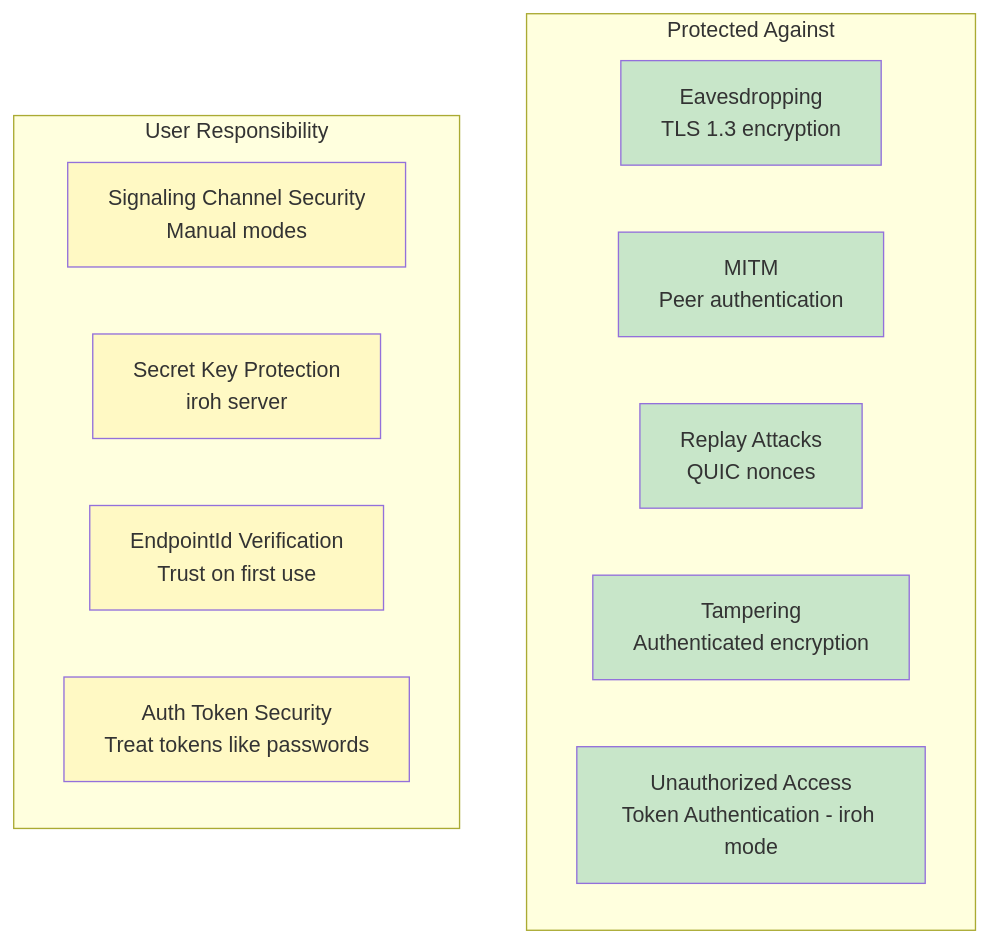
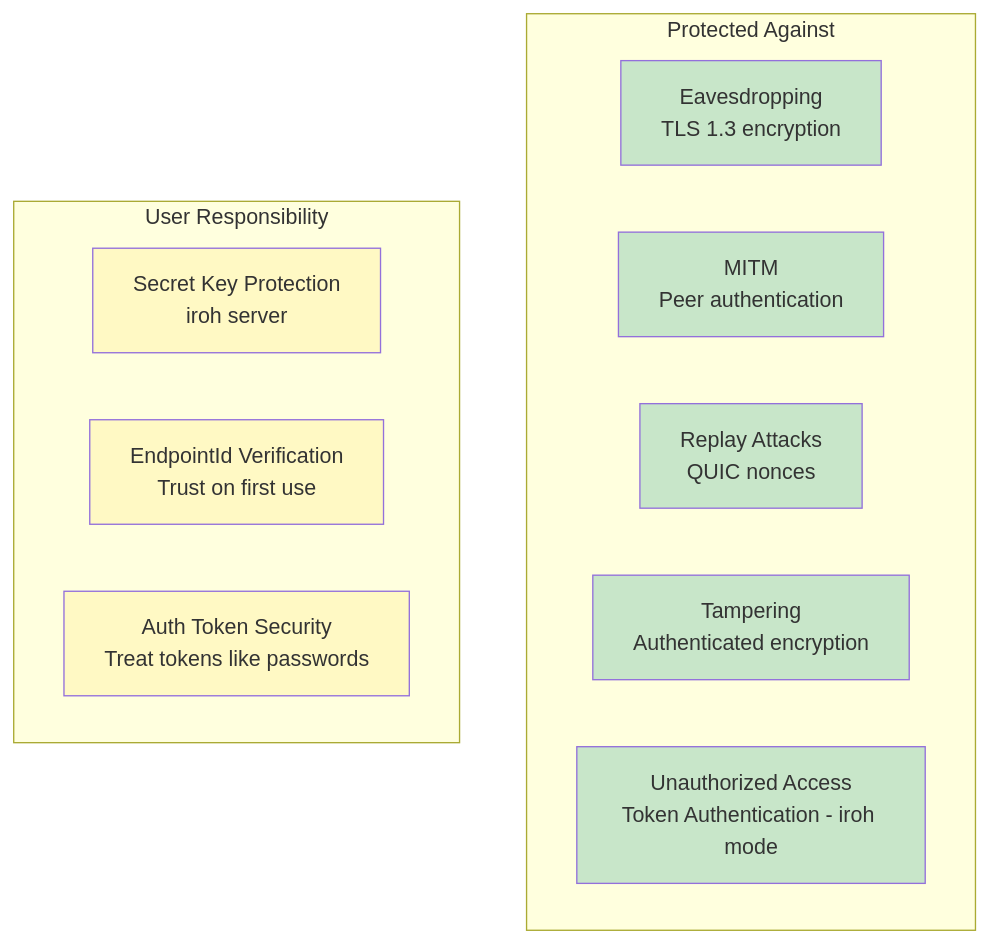
One commit to andrewtheguy/tunnel-rs changed diagram 16 of 22 in docs/ARCHITECTURE.md. Above: the diagram before and after it, drawn with Mermaid. The commit also changed other lines of this file and 54 other files, not shown here.

````diff
--- a/docs/ARCHITECTURE.md
+++ b/docs/ARCHITECTURE.md
@@ -720,28 +598,26 @@
 ```mermaid
 graph TB
     subgraph "Protected Against"
         A[Eavesdropping<br/>TLS 1.3 encryption]
         B[MITM<br/>Peer authentication]
         C[Replay Attacks<br/>QUIC nonces]
         D[Tampering<br/>Authenticated encryption]
         E2[Unauthorized Access<br/>Token Authentication - iroh mode]
     end
 
     subgraph "User Responsibility"
-        E[Signaling Channel Security<br/>Manual modes]
         F[Secret Key Protection<br/>iroh server]
         G[EndpointId Verification<br/>Trust on first use]
         H[Auth Token Security<br/>Treat tokens like passwords]
     end
 
     style A fill:#C8E6C9
     style B fill:#C8E6C9
     style C fill:#C8E6C9
     style D fill:#C8E6C9
     style E2 fill:#C8E6C9
 
-    style E fill:#FFF9C4
     style F fill:#FFF9C4
     style G fill:#FFF9C4
     style H fill:#FFF9C4
 ```
````
